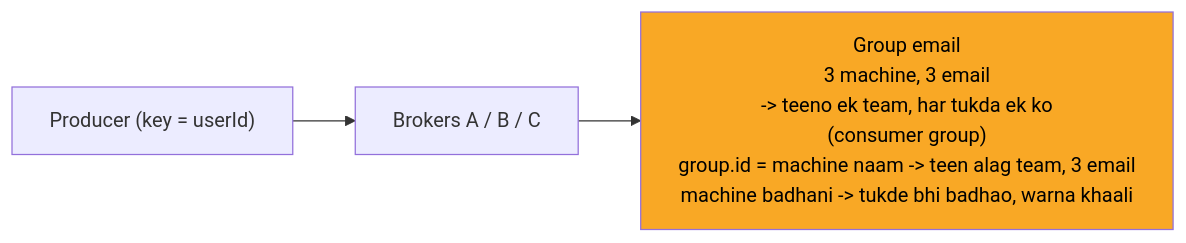
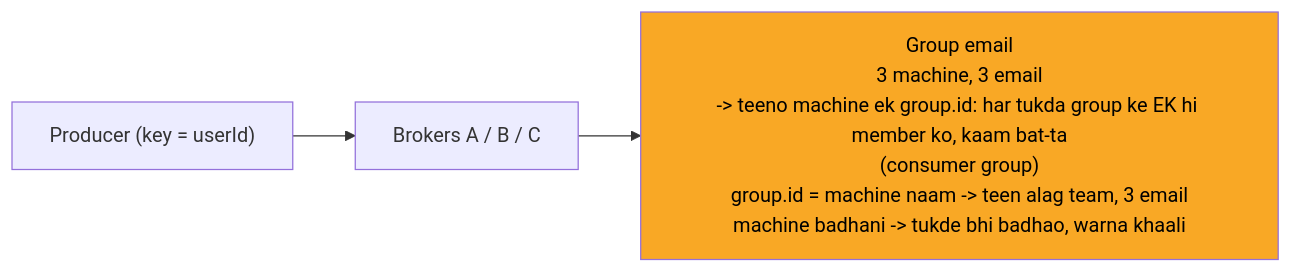
One commit to ArpanMaheshwari144/Prep changed the fifth of 12 diagrams in 04_HLD/SYSTEM_DESIGNS/12_message_queue_kafka/12_message_queue_kafka.md. Above: the diagram before and after it, drawn with Mermaid. The commit also changed other lines of this file and 13 other files, not shown here.

````diff
--- a/04_HLD/SYSTEM_DESIGNS/12_message_queue_kafka/12_message_queue_kafka.md
+++ b/04_HLD/SYSTEM_DESIGNS/12_message_queue_kafka/12_message_queue_kafka.md
@@ -180,10 +180,10 @@
 ```mermaid
 %%{init: {"flowchart": {"wrappingWidth": 450}}}%%
 flowchart LR
     n_P["Producer (key = userId)"]
     n_B["Brokers A / B / C"]
-    n_GE["Group email<br/>3 machine, 3 email<br/>-> teeno ek team, har tukda ek ko<br/>(consumer group)<br/>group.id = machine naam -> teen alag team, 3 email<br/>machine badhani -> tukde bhi badhao, warna khaali"]
+    n_GE["Group email<br/>3 machine, 3 email<br/>-> teeno machine ek group.id: har tukda group ke EK hi member ko, kaam bat-ta<br/>(consumer group)<br/>group.id = machine naam -> teen alag team, 3 email<br/>machine badhani -> tukde bhi badhao, warna khaali"]
     n_P --> n_B
     n_B --> n_GE
     style n_GE fill:#f9a825,color:#000
 ```
````
